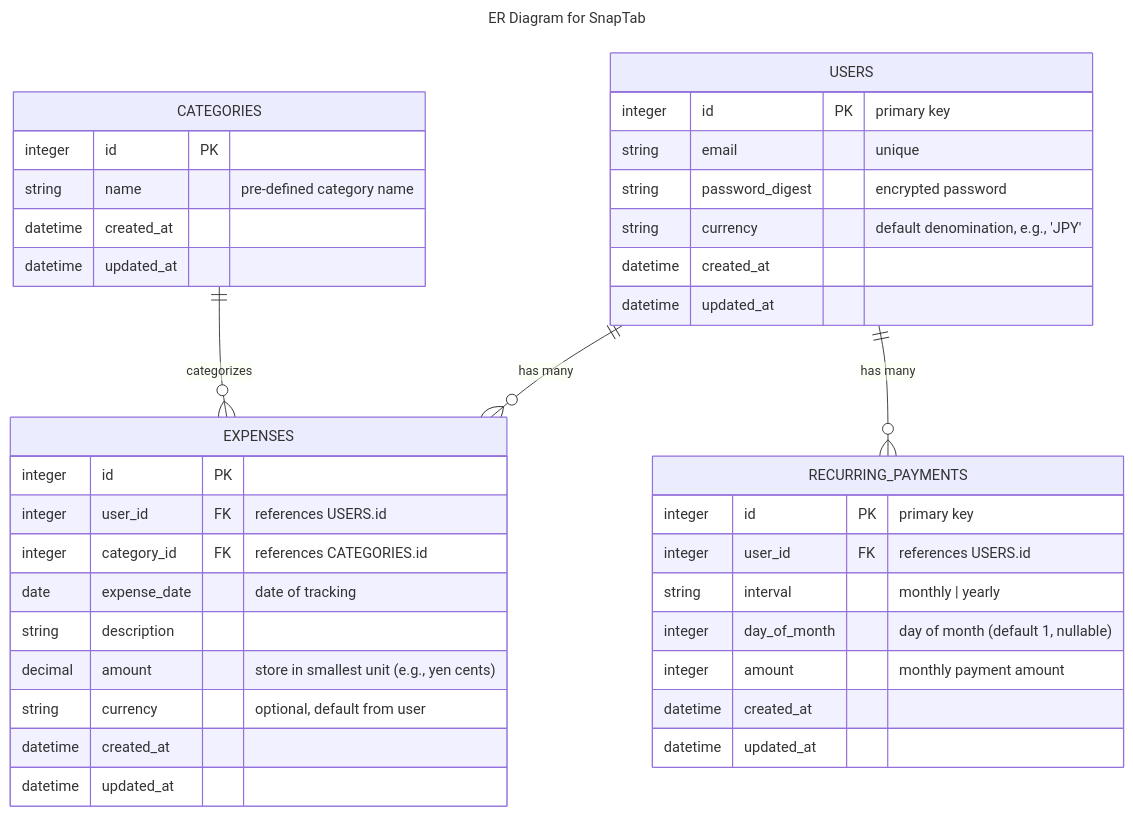
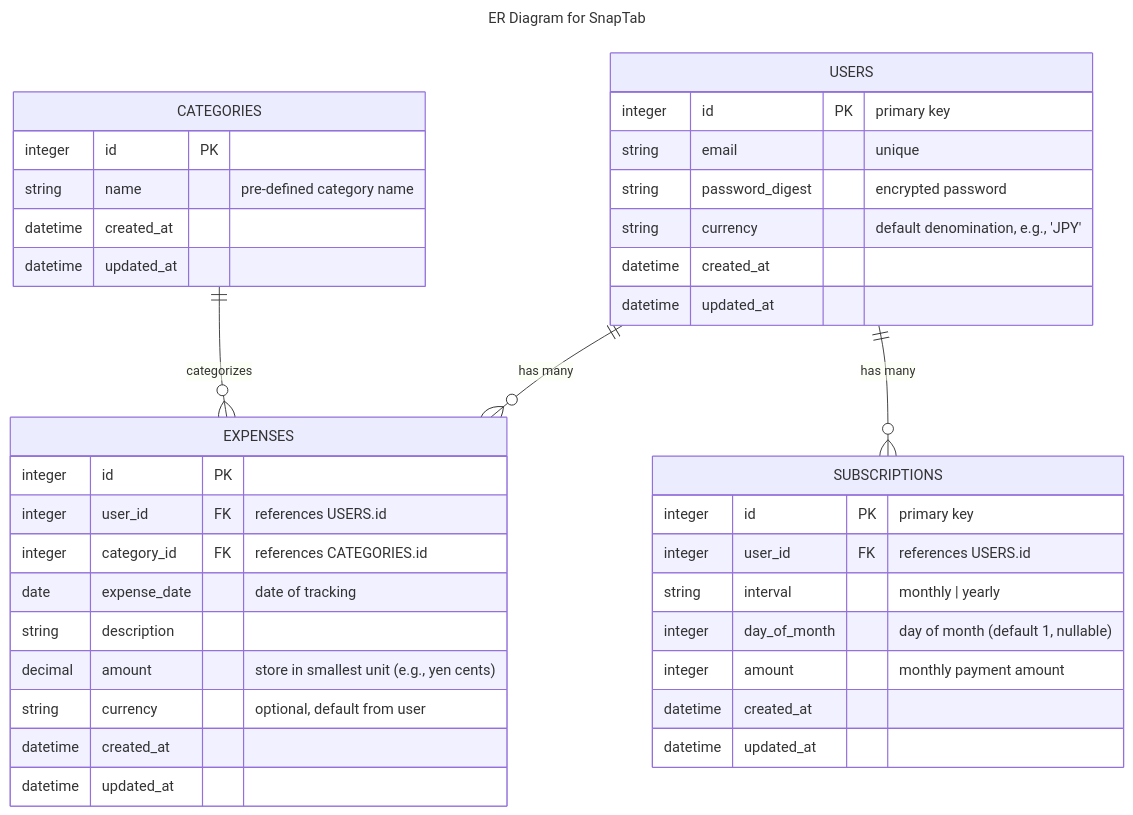
One commit to SuzukiRyuichiro/snaptab changed the diagram in doc/erd.mmd. Above: the diagram before and after it, drawn with Mermaid. The commit also changed 22 other files, not shown here.

```diff
--- a/doc/erd.mmd
+++ b/doc/erd.mmd
@@ -1,41 +1,41 @@
 ---
 title: ER Diagram for SnapTab
 ---
 erDiagram
     USERS {
         integer id PK "primary key"
         string email "unique"
         string password_digest "encrypted password"
         string currency "default denomination, e.g., 'JPY'"
         datetime created_at
         datetime updated_at
     }
     CATEGORIES {
         integer id PK
         string name "pre‑defined category name"
         datetime created_at
         datetime updated_at
     }
     EXPENSES {
         integer id PK
         integer user_id FK "references USERS.id"
         integer category_id FK "references CATEGORIES.id"
         date expense_date "date of tracking"
         string description
         decimal amount "store in smallest unit (e.g., yen cents)"
         string currency "optional, default from user"
         datetime created_at
         datetime updated_at
     }
     USERS ||--o{ EXPENSES : "has many"
     CATEGORIES ||--o{ EXPENSES : "categorizes"
-    RECURRING_PAYMENTS {
+    SUBSCRIPTIONS {
         integer id PK "primary key"
         integer user_id FK "references USERS.id"
         string interval "monthly | yearly"
         integer day_of_month "day of month (default 1, nullable)"
         integer amount "monthly payment amount"
         datetime created_at
         datetime updated_at
     }
-    USERS ||--o{ RECURRING_PAYMENTS : "has many"
+    USERS ||--o{ SUBSCRIPTIONS : "has many"
```
